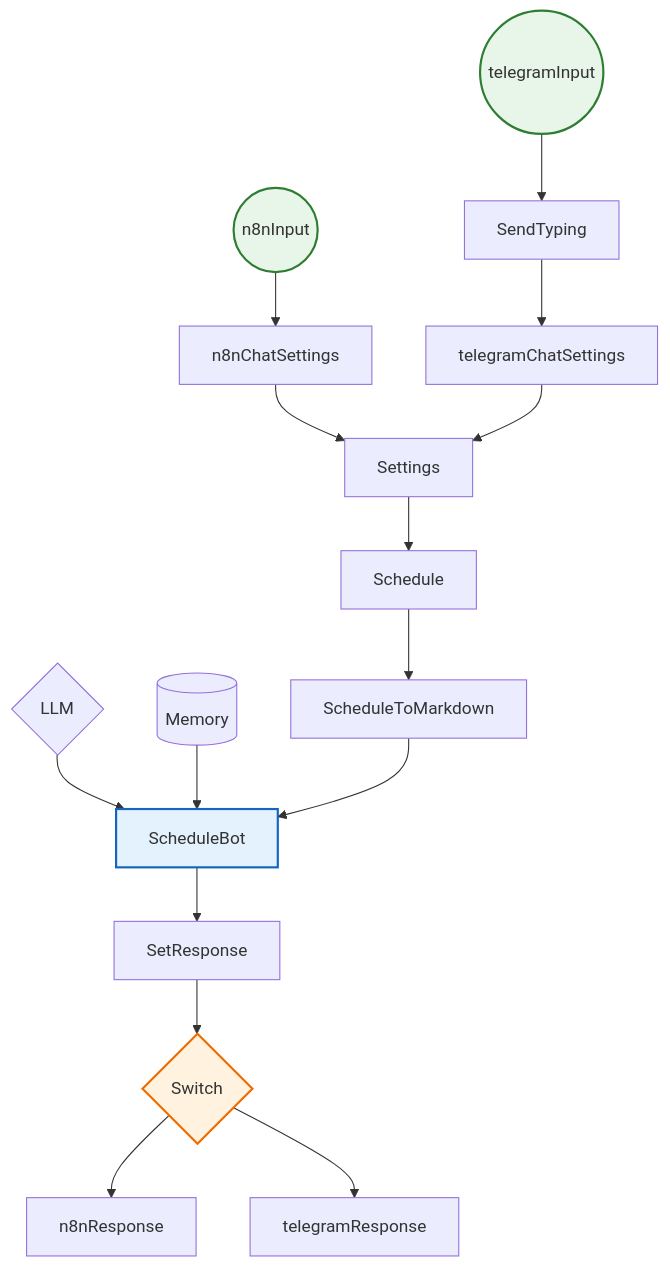
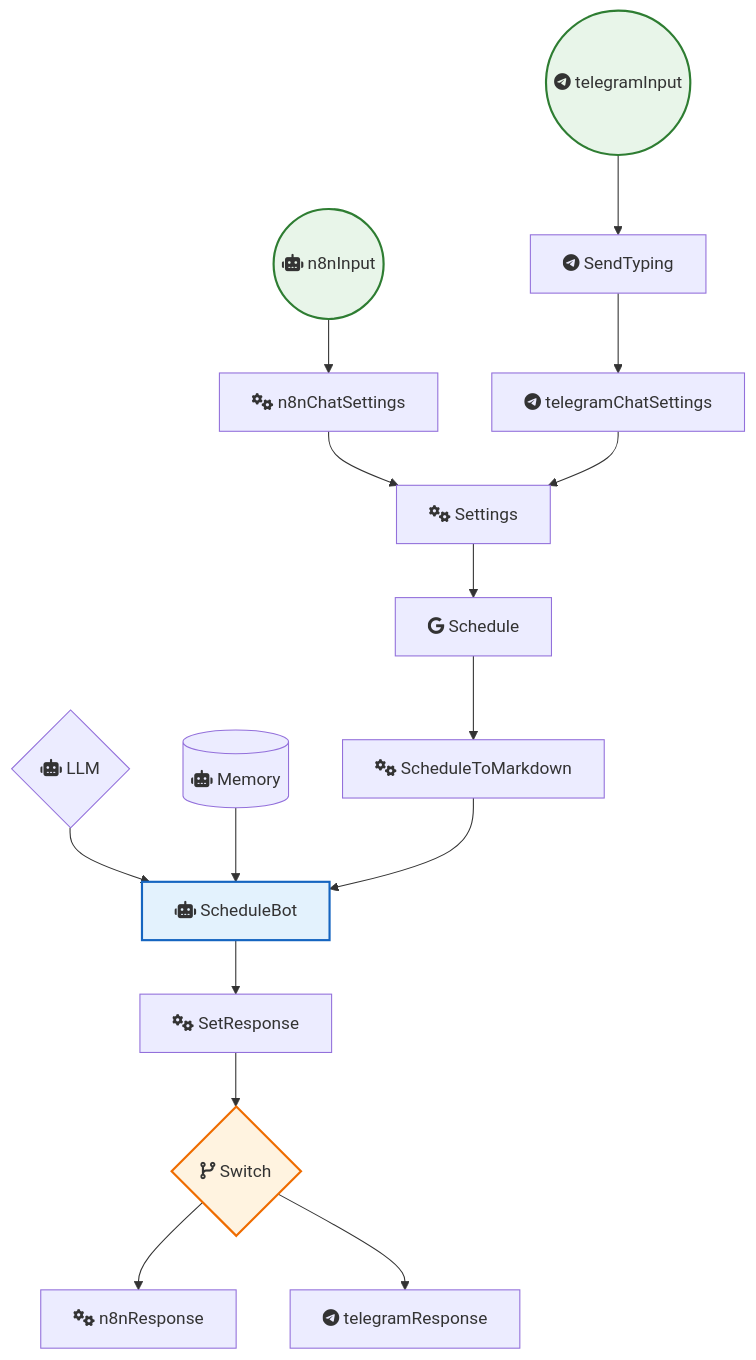
Before and after one commit to sreyash3105/N8N-DEMO-AUTOMATIONS: the diagram in Google_Drive_and_Google_Sheets/Telegram-bot Ai Da Nang.md, drawn with Mermaid. The commit also changed 291 other files, not shown here.

````diff
--- a/Google_Drive_and_Google_Sheets/Telegram-bot Ai Da Nang.md
+++ b/Google_Drive_and_Google_Sheets/Telegram-bot Ai Da Nang.md
@@ -1,37 +1,37 @@
 ```mermaid
 graph TD
     classDef trigger fill:#e8f5e9,stroke:#2e7d32,stroke-width:2px;
     classDef ai fill:#e3f2fd,stroke:#1565c0,stroke-width:2px;
     classDef logic fill:#fff3e0,stroke:#ef6c00,stroke-width:2px;
 
-    SendTyping["SendTyping"]
-    SetResponse["SetResponse"]
-    Settings["Settings"]
-    Schedule["Schedule"]
-    ScheduleToMarkdown["ScheduleToMarkdown"]
-    ScheduleBot["ScheduleBot"]:::ai
-    n8nChatSettings["n8nChatSettings"]
-    telegramChatSettings["telegramChatSettings"]
-    telegramInput(("telegramInput")):::trigger
-    n8nInput(("n8nInput")):::trigger
-    Switch{"Switch"}:::logic
-    telegramResponse["telegramResponse"]
-    n8nResponse["n8nResponse"]
-    LLM{"LLM"}
-    Memory[("Memory")]
+    SendTyping["fab:fa-telegram SendTyping"]
+    SetResponse["fas:fa-cogs SetResponse"]
+    Settings["fas:fa-cogs Settings"]
+    Schedule["fab:fa-google Schedule"]
+    ScheduleToMarkdown["fas:fa-cogs ScheduleToMarkdown"]
+    ScheduleBot["fas:fa-robot ScheduleBot"]:::ai
+    n8nChatSettings["fas:fa-cogs n8nChatSettings"]
+    telegramChatSettings["fab:fa-telegram telegramChatSettings"]
+    telegramInput(("fab:fa-telegram telegramInput")):::trigger
+    n8nInput(("fas:fa-robot n8nInput")):::trigger
+    Switch{"fas:fa-code-branch Switch"}:::logic
+    telegramResponse["fab:fa-telegram telegramResponse"]
+    n8nResponse["fas:fa-cogs n8nResponse"]
+    LLM{"fas:fa-robot LLM"}
+    Memory[("fas:fa-robot Memory")]
 
     LLM --> ScheduleBot
     Memory --> ScheduleBot
     Switch --> n8nResponse
     Switch --> telegramResponse
     Schedule --> ScheduleToMarkdown
     Settings --> Schedule
     n8nInput --> n8nChatSettings
     SendTyping --> telegramChatSettings
     ScheduleBot --> SetResponse
     SetResponse --> Switch
     telegramInput --> SendTyping
     n8nChatSettings --> Settings
     ScheduleToMarkdown --> ScheduleBot
     telegramChatSettings --> Settings
 ```
````
